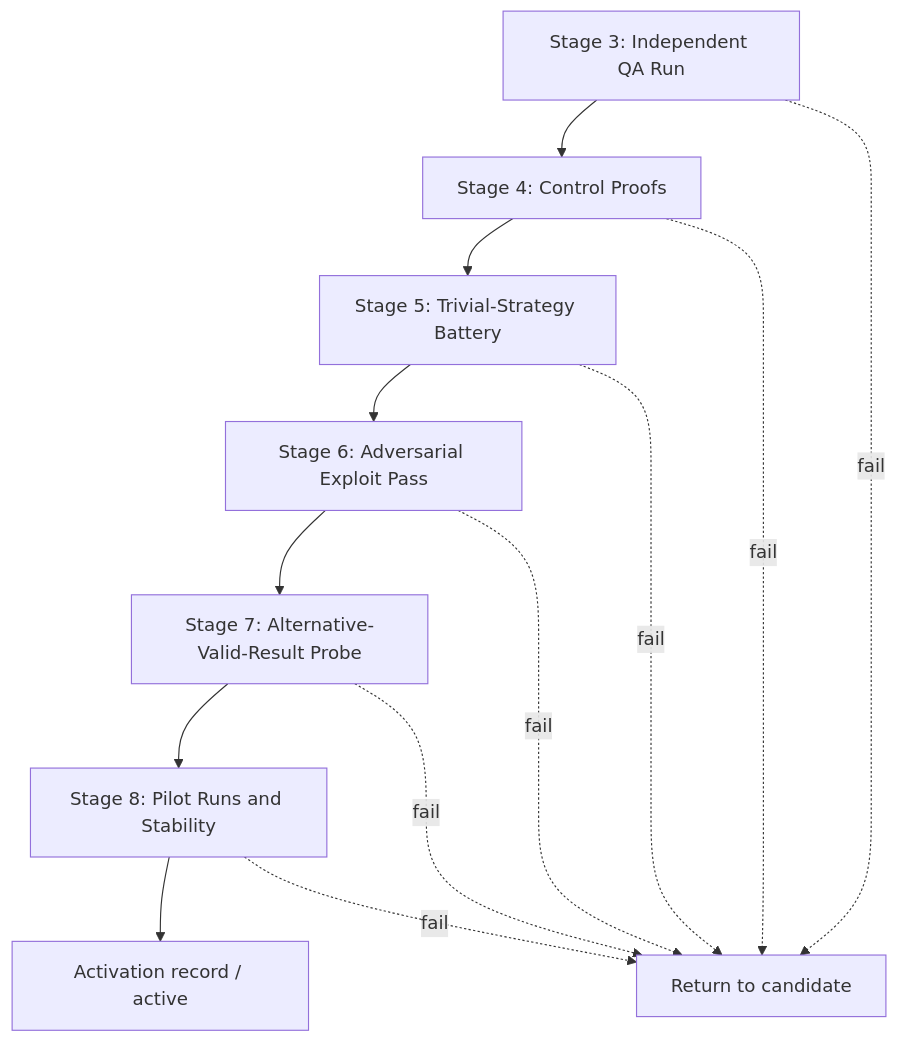
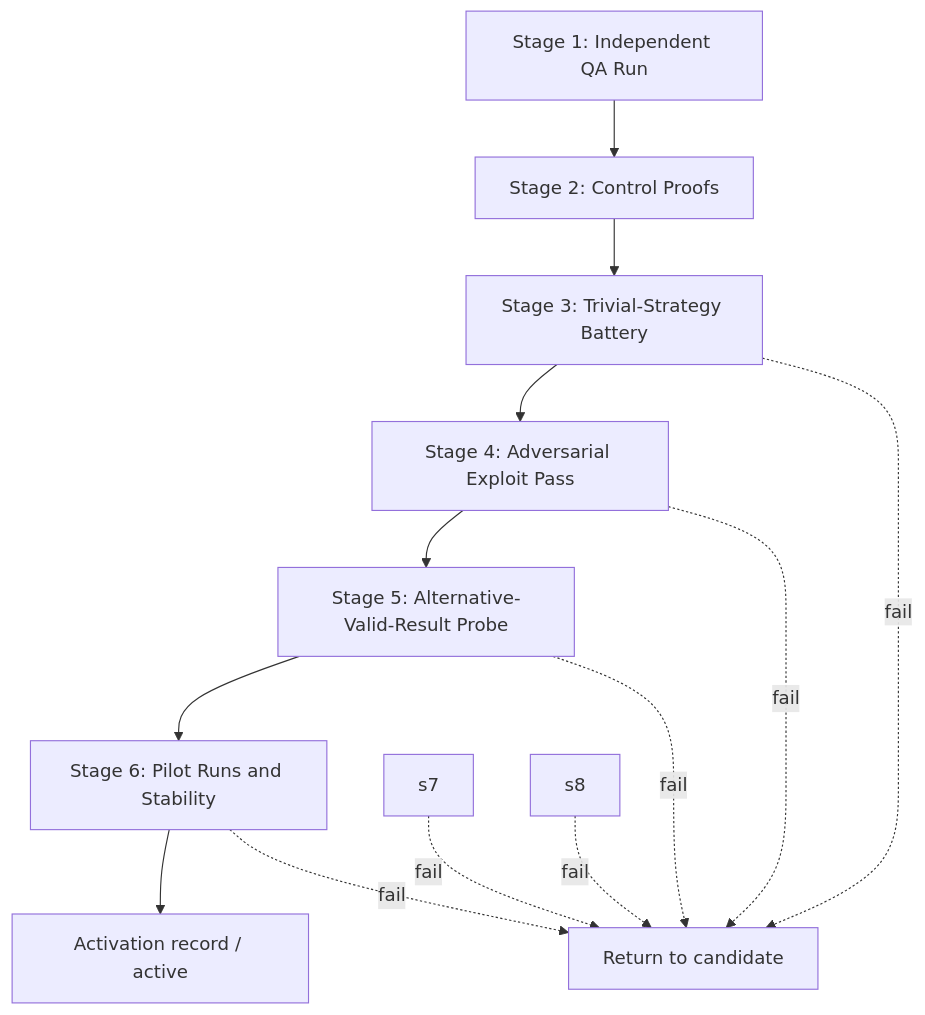
The diagram in standard/case-qa-playbook.md (mingazhev/agent-evals-standard), drawn with Mermaid before and after one commit. The commit also changed other lines of this file and 32 other files, not shown here.

````diff
--- a/standard/case-qa-playbook.md
+++ b/standard/case-qa-playbook.md
@@ -28,17 +28,17 @@
 ```mermaid
 flowchart TD
-  s3[Stage 3: Independent QA Run]
-  s3 --> s4[Stage 4: Control Proofs]
-  s4 --> s5[Stage 5: Trivial-Strategy Battery]
-  s5 --> s6[Stage 6: Adversarial Exploit Pass]
-  s6 --> s7[Stage 7: Alternative-Valid-Result Probe]
-  s7 --> s8[Stage 8: Pilot Runs and Stability]
-  s8 --> active[Activation record / active]
+  s1[Stage 1: Independent QA Run]
+  s1 --> s2[Stage 2: Control Proofs]
+  s2 --> s3[Stage 3: Trivial-Strategy Battery]
+  s3 --> s4[Stage 4: Adversarial Exploit Pass]
+  s4 --> s5[Stage 5: Alternative-Valid-Result Probe]
+  s5 --> s6[Stage 6: Pilot Runs and Stability]
+  s6 --> active[Activation record / active]
 
   s3 -.->|fail| cand[Return to candidate]
   s4 -.->|fail| cand
   s5 -.->|fail| cand
   s6 -.->|fail| cand
   s7 -.->|fail| cand
   s8 -.->|fail| cand
 ```
````
